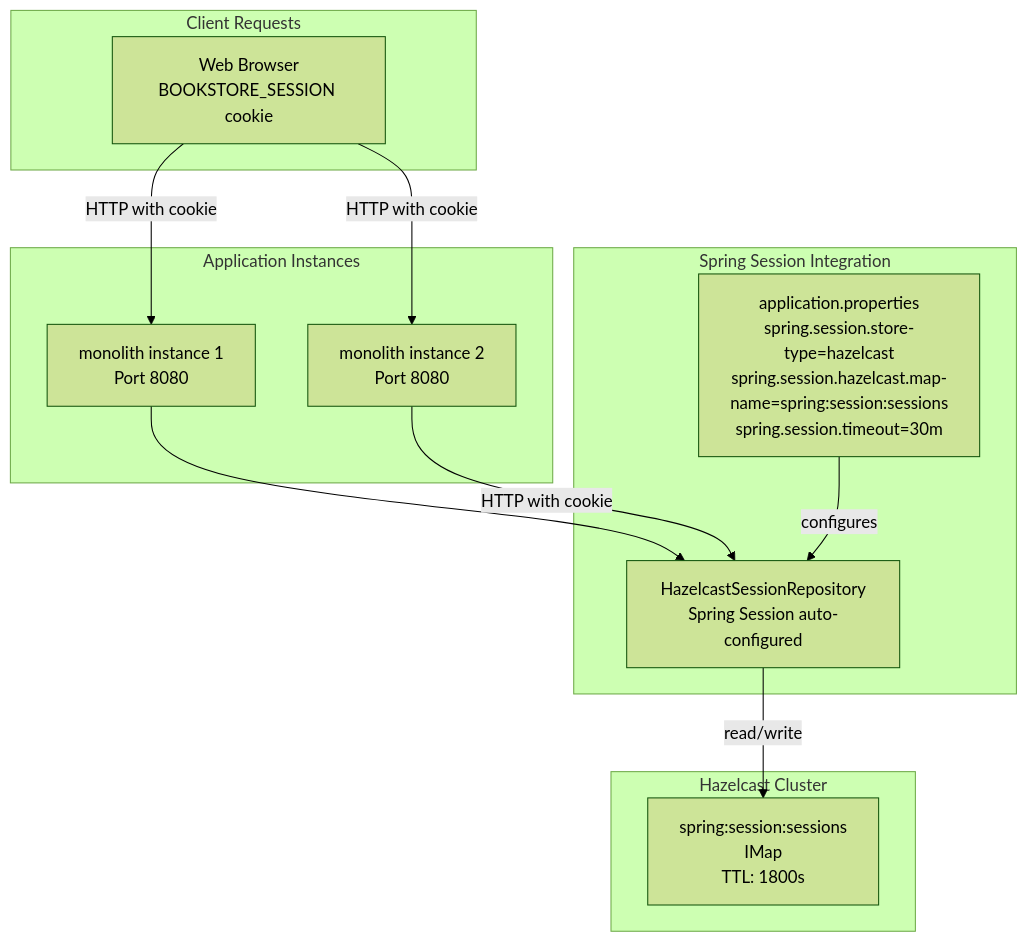
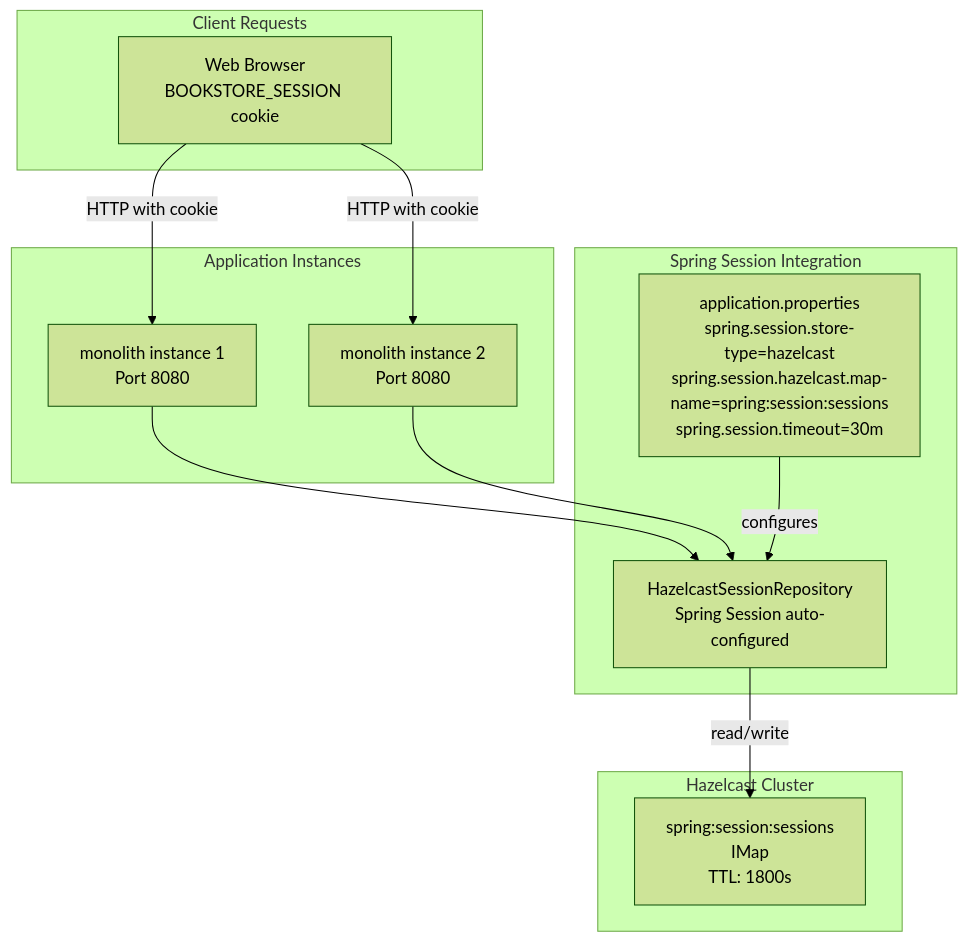
Before and after one commit to philipz/spring-modular-monolith: the third of 4 diagrams in docs/deepwiki/Caching-with-Hazelcast.md, drawn with Mermaid (forest theme). The commit also changed 32 other files, not shown here.

````diff
--- a/docs/deepwiki/Caching-with-Hazelcast.md
+++ b/docs/deepwiki/Caching-with-Hazelcast.md
@@ -319,35 +319,35 @@
 ```mermaid
 flowchart TD
 
 Browser["Web Browser<br>BOOKSTORE_SESSION cookie"]
 Instance1["monolith instance 1<br>Port 8080"]
 Instance2["monolith instance 2<br>Port 8080"]
 SessionConfig["application.properties<br>spring.session.store-type=hazelcast<br>spring.session.hazelcast.map-name=spring:session:sessions<br>spring.session.timeout=30m"]
 SessionRepo["HazelcastSessionRepository<br>Spring Session auto-configured"]
 SessionMap["spring:session:sessions<br>IMap<String, Object><br>TTL: 1800s"]
 
 Browser -->|"HTTP with cookie"| Instance1
 Browser -->|"HTTP with cookie"| Instance2
 Instance1 --> SessionRepo
-Instance2 -->|"HTTP with cookie"| SessionRepo
+Instance2 --> SessionRepo
 SessionRepo -->|"read/write"| SessionMap
 
 subgraph subGraph3 ["Hazelcast Cluster"]
     SessionMap
 end
 
 subgraph subGraph2 ["Spring Session Integration"]
     SessionConfig
     SessionRepo
     SessionConfig -->|"configures"| SessionRepo
 end
 
 subgraph subGraph1 ["Application Instances"]
     Instance1
     Instance2
 end
 
 subgraph subGraph0 ["Client Requests"]
     Browser
 end
 ```
````
